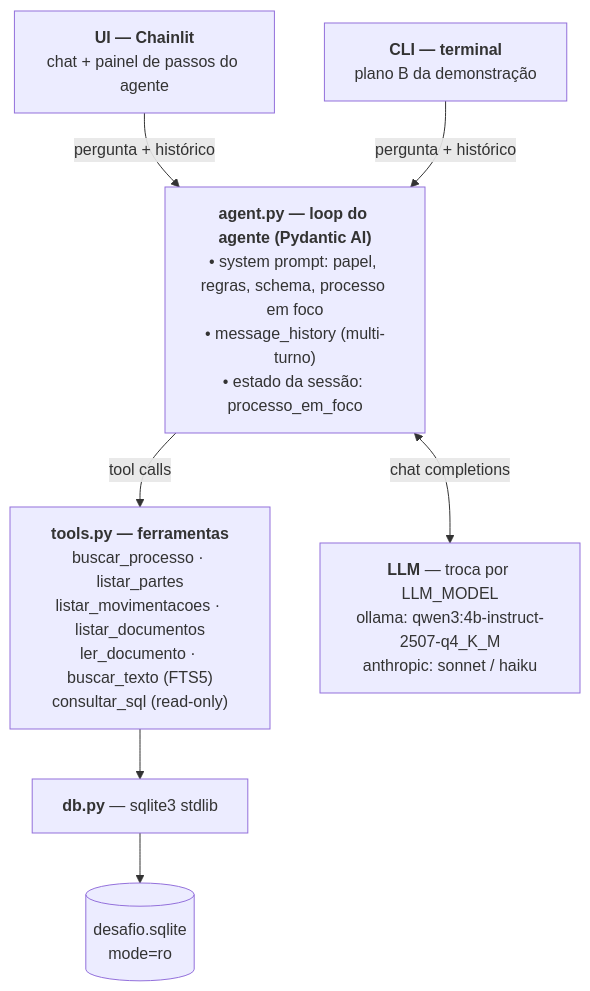
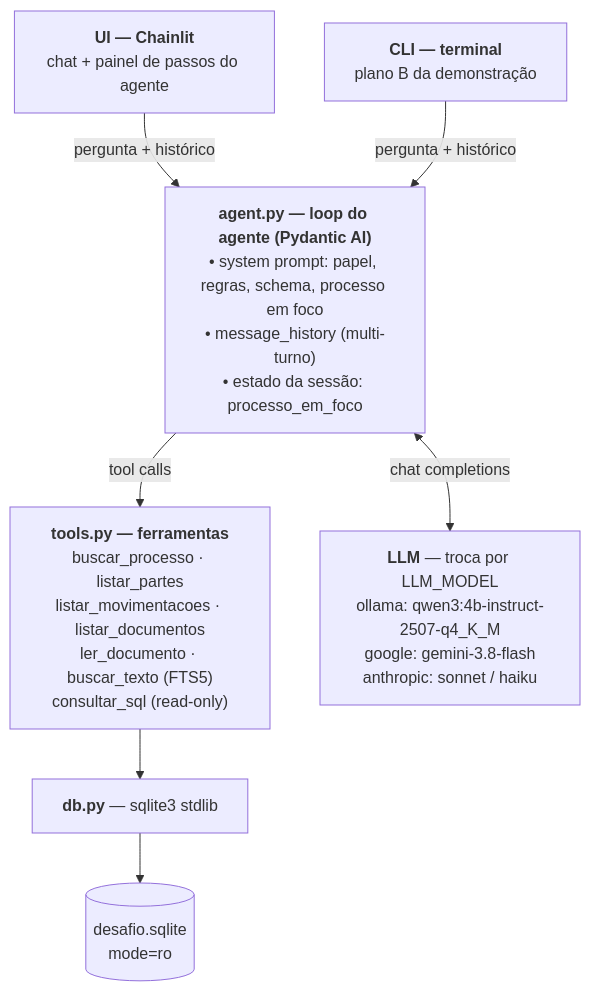
Before and after one commit to andrepiacentini/agente-juridico: the second of 4 diagrams in docs/plan.md, drawn with Mermaid. The commit also changed other lines of this file and 8 other files, not shown here.

First line of the commit message:
chore(T1.9): testar o Gemini 3.8 Flash como modelo em nuvem

````diff
--- a/docs/plan.md
+++ b/docs/plan.md
@@ -190,16 +190,16 @@
 ```mermaid
 flowchart TB
     UI["<b>UI — Chainlit</b><br/>chat + painel de passos do agente"]
     CLI["<b>CLI — terminal</b><br/>plano B da demonstração"]
     AGENT["<b>agent.py — loop do agente (Pydantic AI)</b><br/>• system prompt: papel, regras, schema, processo em foco<br/>• message_history (multi-turno)<br/>• estado da sessão: processo_em_foco"]
     TOOLS["<b>tools.py — ferramentas</b><br/>buscar_processo · listar_partes<br/>listar_movimentacoes · listar_documentos<br/>ler_documento · buscar_texto (FTS5)<br/>consultar_sql (read-only)"]
-    LLM["<b>LLM</b> — troca por LLM_MODEL<br/>ollama: qwen3:4b-instruct-2507-q4_K_M<br/>anthropic: sonnet / haiku"]
+    LLM["<b>LLM</b> — troca por LLM_MODEL<br/>ollama: qwen3:4b-instruct-2507-q4_K_M<br/>google: gemini-3.8-flash<br/>anthropic: sonnet / haiku"]
     DBPY["<b>db.py</b> — sqlite3 stdlib"]
     DB[("desafio.sqlite<br/>mode=ro")]
 
     UI -->|pergunta + histórico| AGENT
     CLI -->|pergunta + histórico| AGENT
     AGENT <-->|chat completions| LLM
     AGENT -->|tool calls| TOOLS
     TOOLS --> DBPY --> DB
 ```
````
